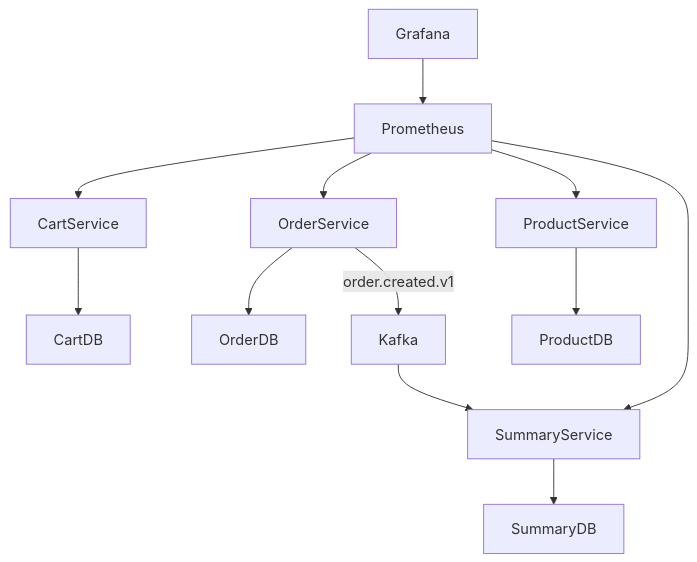
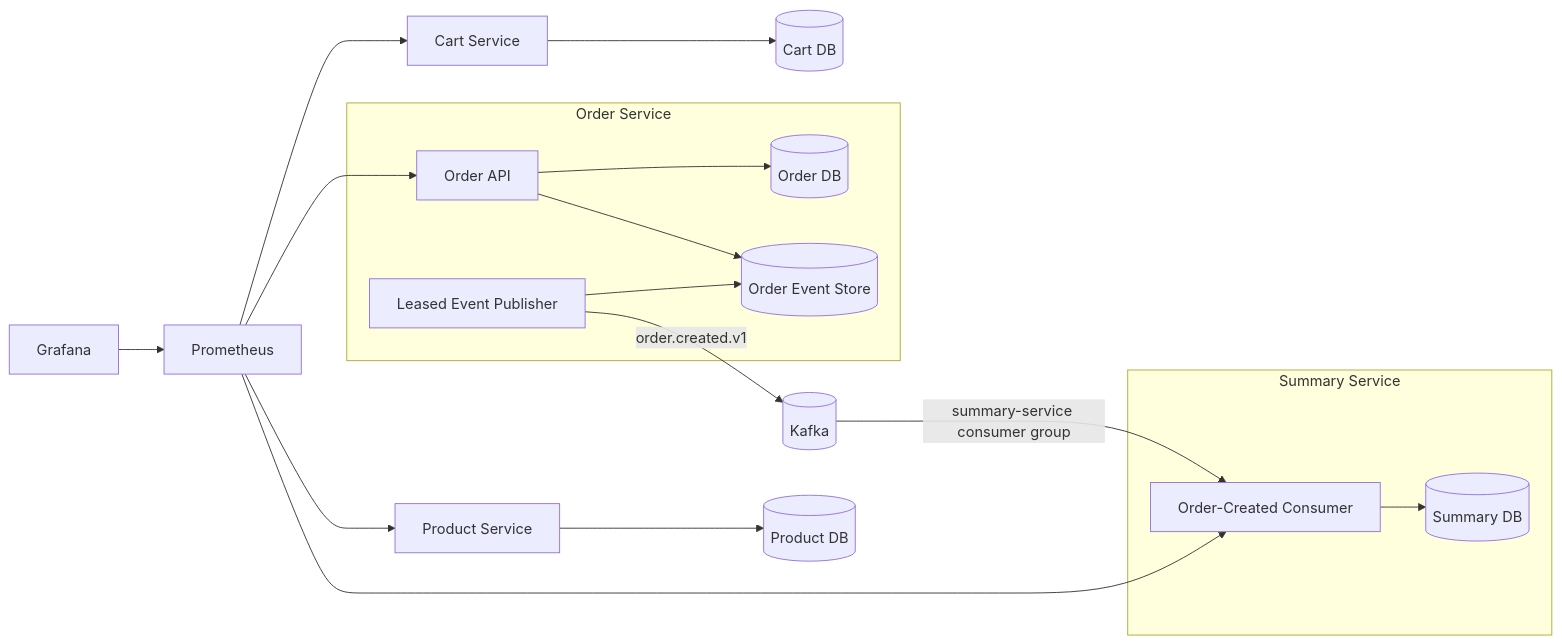
One commit to tukue/grocery-microservices changed the diagram in microservices/README.md. Above: the diagram before and after it, drawn with Mermaid. The commit also changed other lines of this file and 1 other file, not shown here.

Commit message:
Document Kafka event delivery architecture

````diff
--- a/microservices/README.md
+++ b/microservices/README.md
@@ -134,14 +134,24 @@
 ```mermaid
-graph TD
-  CartService --> CartDB
-  OrderService --> OrderDB
-  ProductService --> ProductDB
-  SummaryService --> SummaryDB
-  OrderService -->|order.created.v1| Kafka
-  Kafka --> SummaryService
-  Prometheus --> CartService
-  Prometheus --> OrderService
+flowchart LR
+  CartService[Cart Service] --> CartDB[(Cart DB)]
+  ProductService[Product Service] --> ProductDB[(Product DB)]
+
+  subgraph OrderBoundary[Order Service]
+    OrderApi[Order API] --> OrderDB[(Order DB)]
+    OrderApi --> EventStore[(Order Event Store)]
+    EventPublisher[Leased Event Publisher] --> EventStore
+  end
+
+  EventPublisher -->|order.created.v1| Kafka[(Kafka)]
+
+  subgraph SummaryBoundary[Summary Service]
+    EventConsumer[Order-Created Consumer] --> SummaryDB[(Summary DB)]
+  end
+
+  Kafka -->|summary-service consumer group| EventConsumer
+  Prometheus[Prometheus] --> CartService
+  Prometheus --> OrderApi
   Prometheus --> ProductService
-  Prometheus --> SummaryService
-  Grafana --> Prometheus
+  Prometheus --> EventConsumer
+  Grafana[Grafana] --> Prometheus
 ```
````
